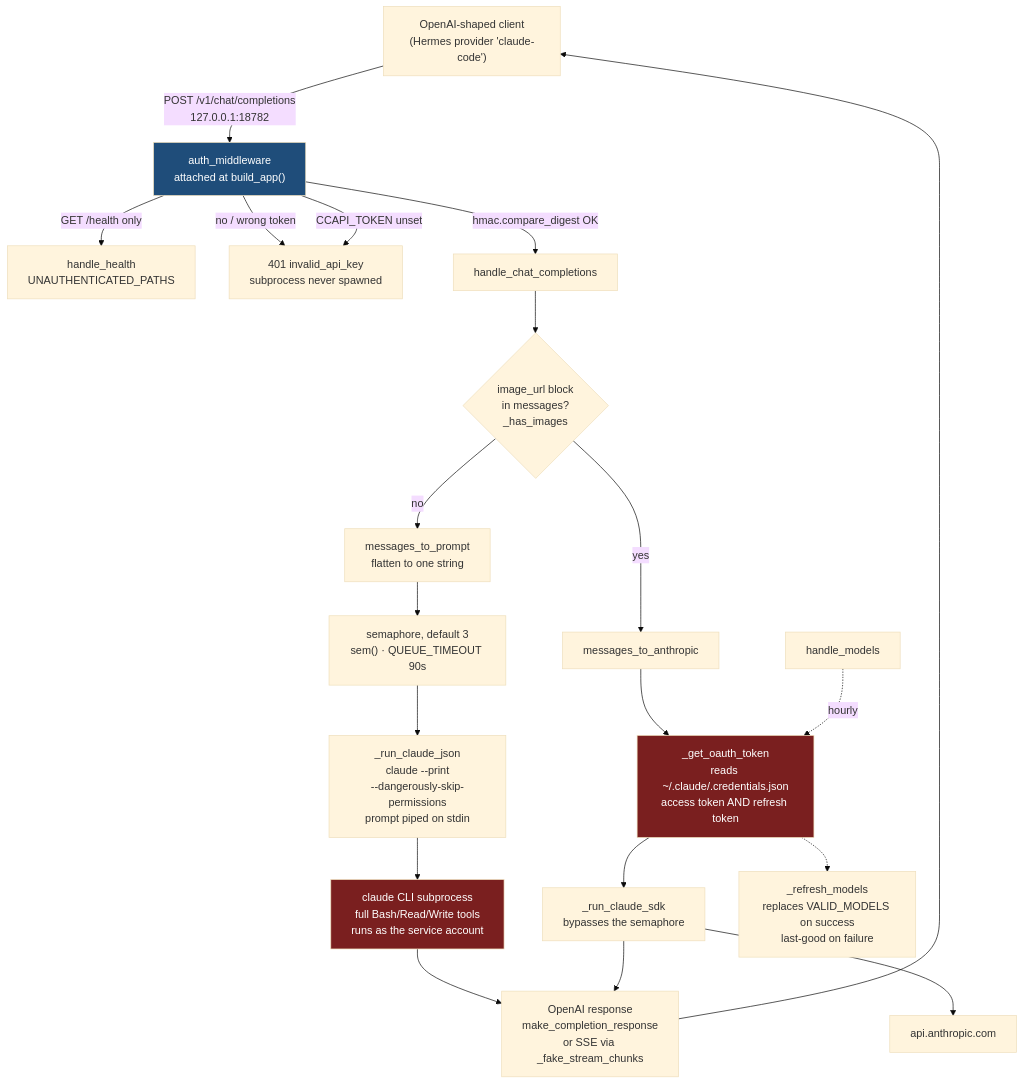
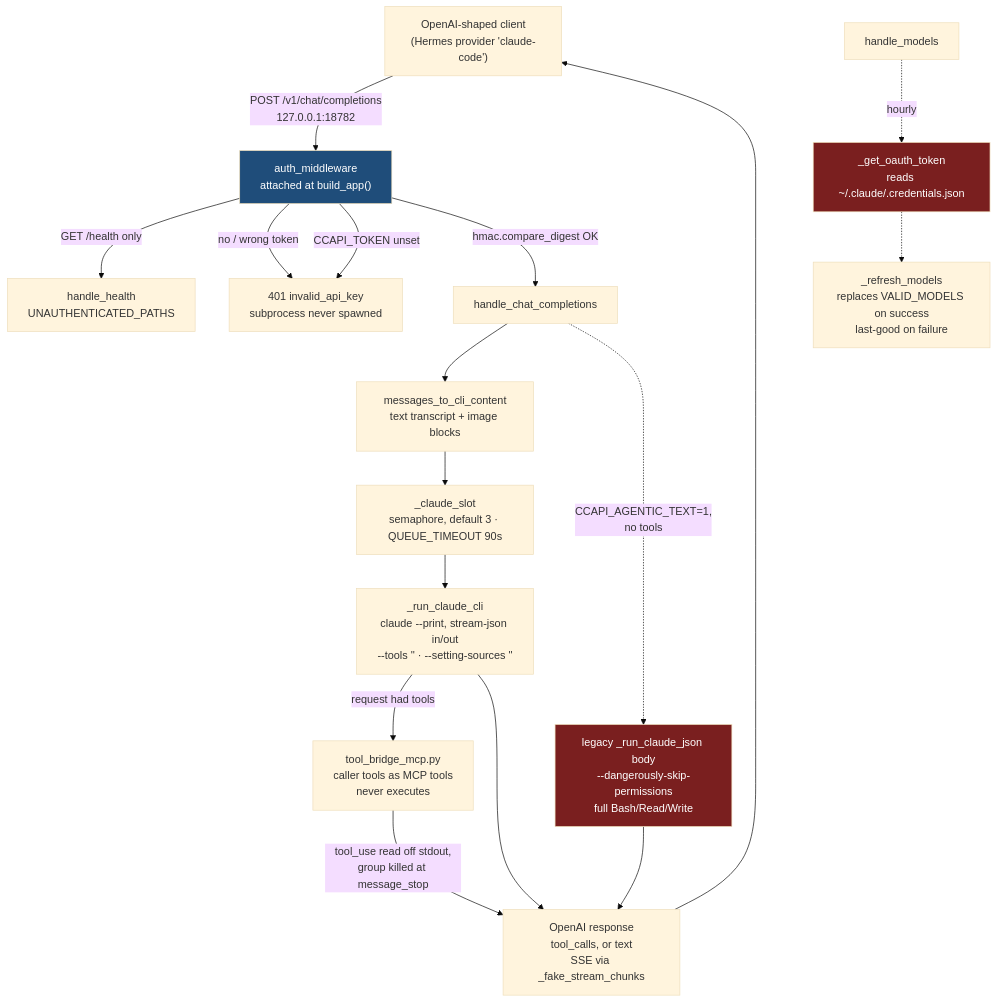
The diagram in SOP.md (chefboyrdave21/claude-code-api), drawn with Mermaid (base theme) before and after one commit. The commit also changed 6 other files, not shown here.

First line of the commit message:
feat(api): run every request as one isolated CLI turn; images via stream-json

````diff
--- a/SOP.md
+++ b/SOP.md
@@ -42,32 +42,27 @@
 ```mermaid
 flowchart TD
     C["OpenAI-shaped client<br/>(Hermes provider 'claude-code')"] -->|"POST /v1/chat/completions<br/>127.0.0.1:18782"| MW["auth_middleware<br/>attached at build_app()"]
 
     MW -->|"GET /health only"| HL["handle_health<br/>UNAUTHENTICATED_PATHS"]
     MW -->|"no / wrong token"| E401["401 invalid_api_key<br/>subprocess never spawned"]
     MW -->|"CCAPI_TOKEN unset"| E401
     MW -->|"hmac.compare_digest OK"| H["handle_chat_completions"]
 
-    H --> V{"image_url block<br/>in messages?<br/>_has_images"}
-
-    V -->|no| P["messages_to_prompt<br/>flatten to one string"]
-    P --> S["semaphore, default 3<br/>sem() · QUEUE_TIMEOUT 90s"]
-    S --> X["_run_claude_json<br/>claude --print<br/>--dangerously-skip-permissions<br/>prompt piped on stdin"]
-    X --> CLI["claude CLI subprocess<br/>full Bash/Read/Write tools<br/>runs as the service account"]
-
-    V -->|yes| A["messages_to_anthropic"]
-    A --> K["_get_oauth_token<br/>reads ~/.claude/.credentials.json<br/>access token AND refresh token"]
-    K --> SDK["_run_claude_sdk<br/>bypasses the semaphore"]
-    SDK --> API["api.anthropic.com"]
-
-    CLI --> R["OpenAI response<br/>make_completion_response<br/>or SSE via _fake_stream_chunks"]
-    SDK --> R
+    H --> P["messages_to_cli_content<br/>text transcript + image blocks"]
+    P --> S["_claude_slot<br/>semaphore, default 3 · QUEUE_TIMEOUT 90s"]
+    S --> CLI["_run_claude_cli<br/>claude --print, stream-json in/out<br/>--tools '' · --setting-sources ''"]
+    CLI -->|"request had tools"| B["tool_bridge_mcp.py<br/>caller tools as MCP tools<br/>never executes"]
+    B -->|"tool_use read off stdout,<br/>group killed at message_stop"| R
+    CLI --> R["OpenAI response<br/>tool_calls, or text<br/>SSE via _fake_stream_chunks"]
+    H -.->|"CCAPI_AGENTIC_TEXT=1,<br/>no tools"| X["legacy _run_claude_json body<br/>--dangerously-skip-permissions<br/>full Bash/Read/Write"]
+    X --> R
     R --> C
+    K["_get_oauth_token<br/>reads ~/.claude/.credentials.json"]
 
     M["handle_models"] -.->|"hourly"| K
     K -.-> D["_refresh_models<br/>replaces VALID_MODELS on success<br/>last-good on failure"]
 
     style MW fill:#1f4d7a,color:#fff
-    style CLI fill:#7a1f1f,color:#fff
+    style X fill:#7a1f1f,color:#fff
     style K fill:#7a1f1f,color:#fff
 ```
````
